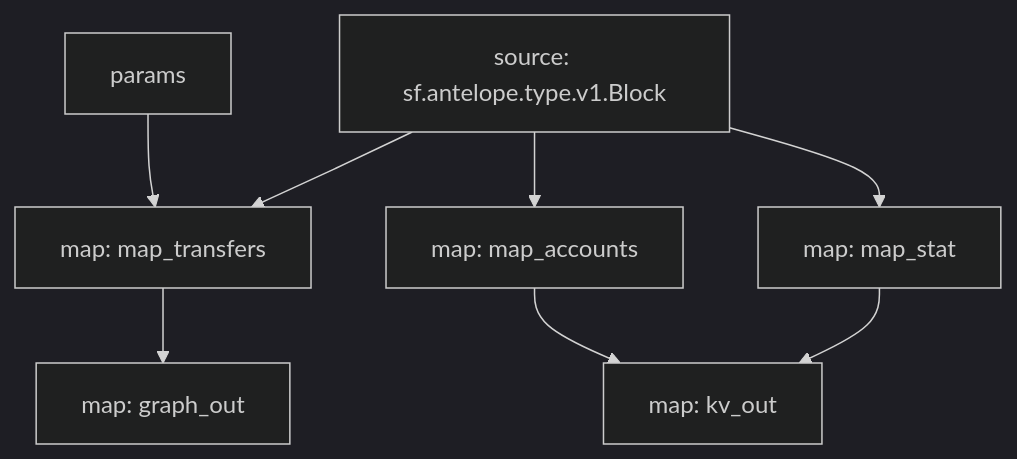
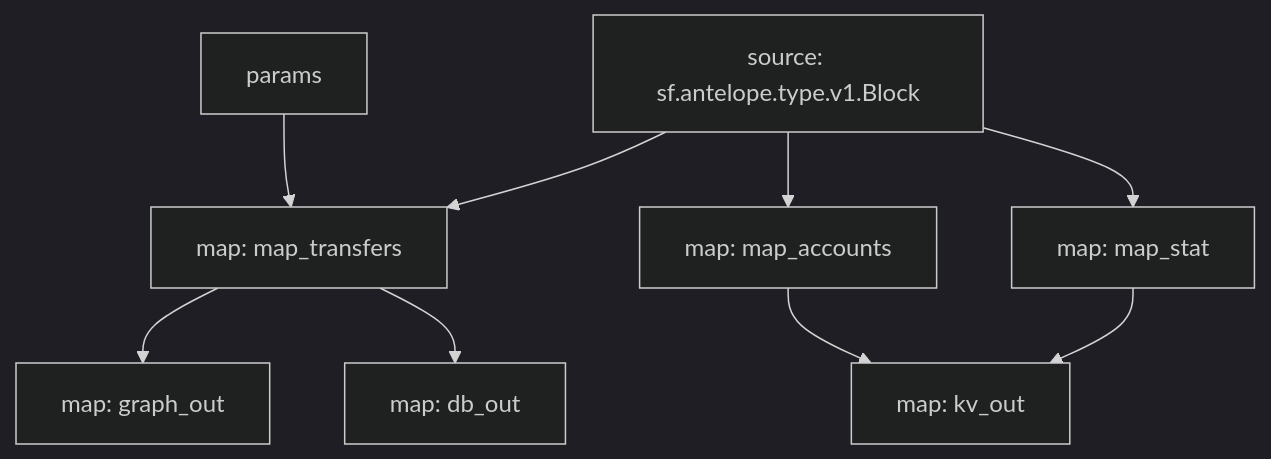
Before and after one commit to pinax-network/substreams: the diagram in eosio.token/README.md, drawn with Mermaid (dark theme). The commit also changed other lines of this file and 3 other files, not shown here.

````diff
--- a/eosio.token/README.md
+++ b/eosio.token/README.md
@@ -34,15 +34,17 @@
 ```mermaid
 graph TD;
   map_transfers[map: map_transfers];
   map_transfers:params[params] --> map_transfers;
   sf.antelope.type.v1.Block[source: sf.antelope.type.v1.Block] --> map_transfers;
   map_accounts[map: map_accounts];
   sf.antelope.type.v1.Block[source: sf.antelope.type.v1.Block] --> map_accounts;
   map_stat[map: map_stat];
   sf.antelope.type.v1.Block[source: sf.antelope.type.v1.Block] --> map_stat;
   graph_out[map: graph_out];
   map_transfers --> graph_out;
   kv_out[map: kv_out];
   map_accounts --> kv_out;
   map_stat --> kv_out;
+  db_out[map: db_out];
+  map_transfers --> db_out;
 ```
````
